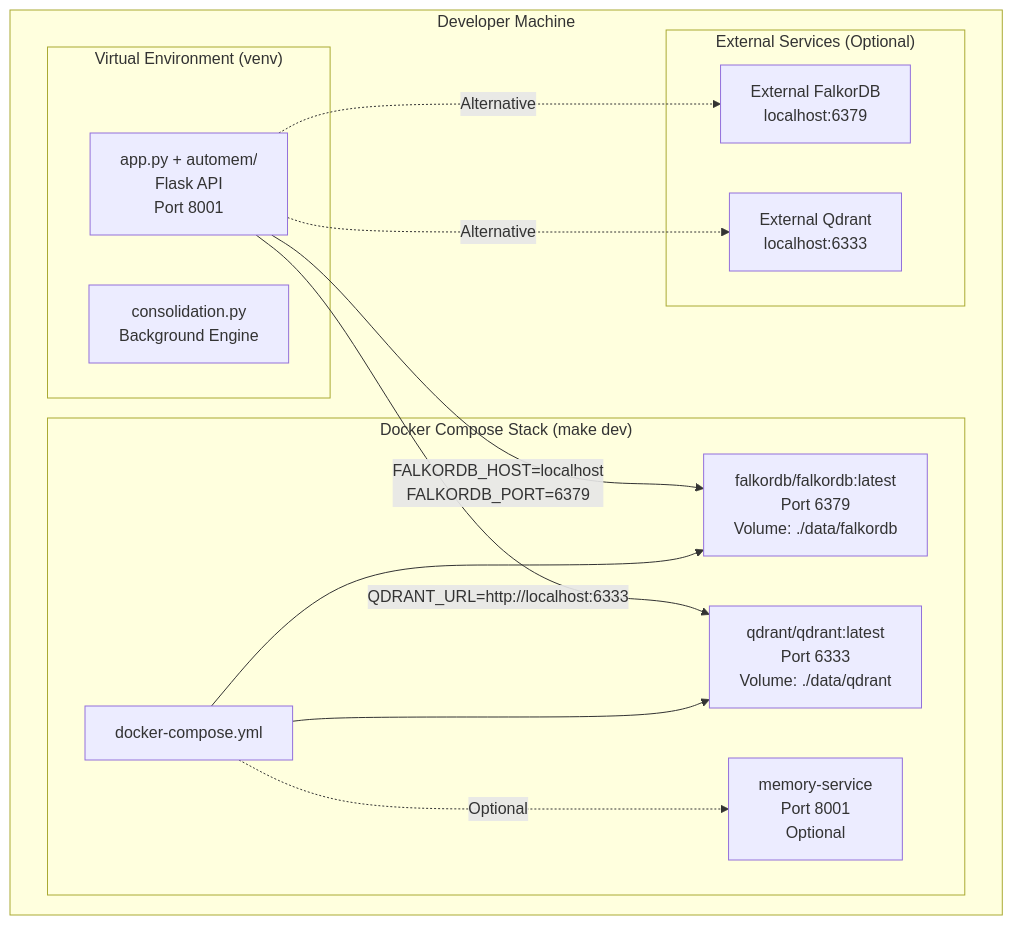
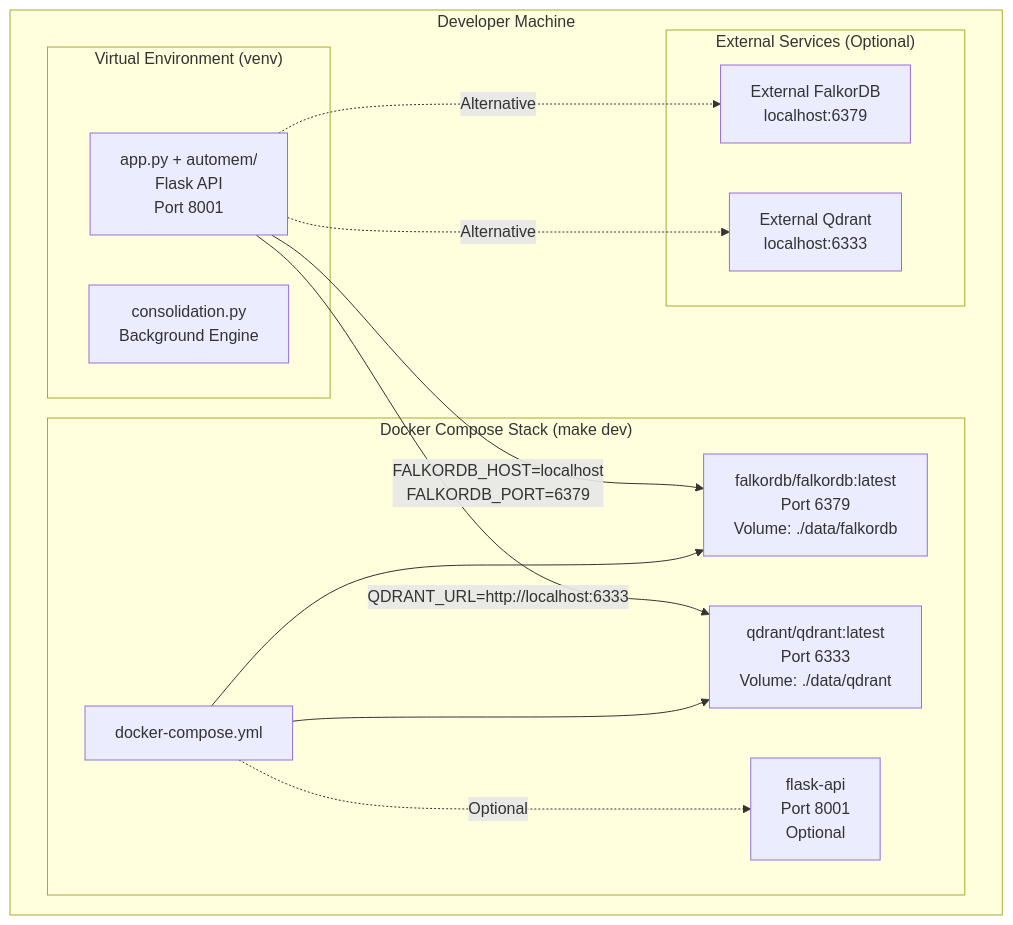
The first of 2 diagrams in src/content/docs/docs/development/local-setup.md (verygoodplugins/automem-website), drawn with Mermaid before and after one commit. The commit also changed other lines of this file and 2 other files, not shown here.

````diff
--- a/src/content/docs/docs/development/local-setup.md
+++ b/src/content/docs/docs/development/local-setup.md
@@ -96,30 +96,30 @@
 ```mermaid
 graph TB
     subgraph "Developer Machine"
         subgraph "Virtual Environment (venv)"
             Flask["app.py + automem/<br/>Flask API<br/>Port 8001"]
             Consol["consolidation.py\nBackground Engine"]
         end
 
         subgraph "Docker Compose Stack (make dev)"
             DC["docker-compose.yml"]
             Falkor["falkordb/falkordb:latest\nPort 6379\nVolume: ./data/falkordb"]
             Qdrant["qdrant/qdrant:latest\nPort 6333\nVolume: ./data/qdrant"]
-            APIContainer["memory-service\nPort 8001\nOptional"]
+            APIContainer["flask-api\nPort 8001\nOptional"]
         end
 
         subgraph "External Services (Optional)"
             ExtFalkor["External FalkorDB\nlocalhost:6379"]
             ExtQdrant["External Qdrant\nlocalhost:6333"]
         end
     end
 
     Flask -->|"FALKORDB_HOST=localhost\nFALKORDB_PORT=6379"| Falkor
     Flask -->|"QDRANT_URL=http://localhost:6333"| Qdrant
     Flask -.->|"Alternative"| ExtFalkor
     Flask -.->|"Alternative"| ExtQdrant
 
     DC --> Falkor
     DC --> Qdrant
     DC -.->|"Optional"| APIContainer
 ```
````
